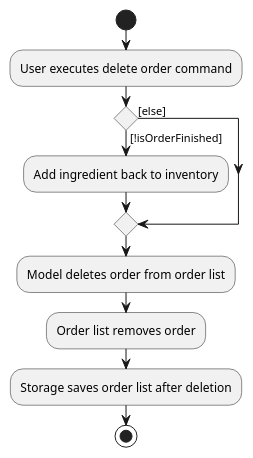
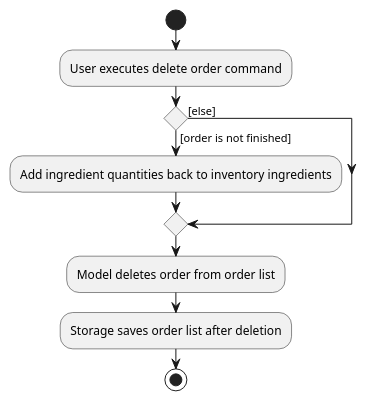
Before and after one commit to zognin/tp: the diagram in docs/diagrams/DeleteOrderActivityDiagram.puml, drawn with PlantUML. The commit also changed 4 other files, not shown here.

```diff
--- a/docs/diagrams/DeleteOrderActivityDiagram.puml
+++ b/docs/diagrams/DeleteOrderActivityDiagram.puml
@@ -1,16 +1,14 @@
 @startuml
 start
 :User executes delete order command;
 
-if () then ([!isOrderFinished])
-    :Add ingredient back to inventory;
+if () then ([order is not finished])
+    :Add ingredient quantities back to inventory ingredients;
 else ([else])
 endif
 
 :Model deletes order from order list;
 
-:Order list removes order;
-
 :Storage saves order list after deletion;
 stop
 @enduml
```
